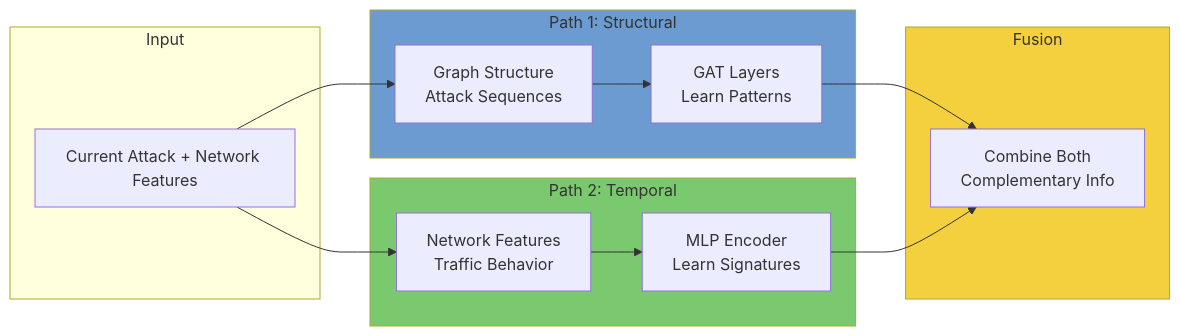
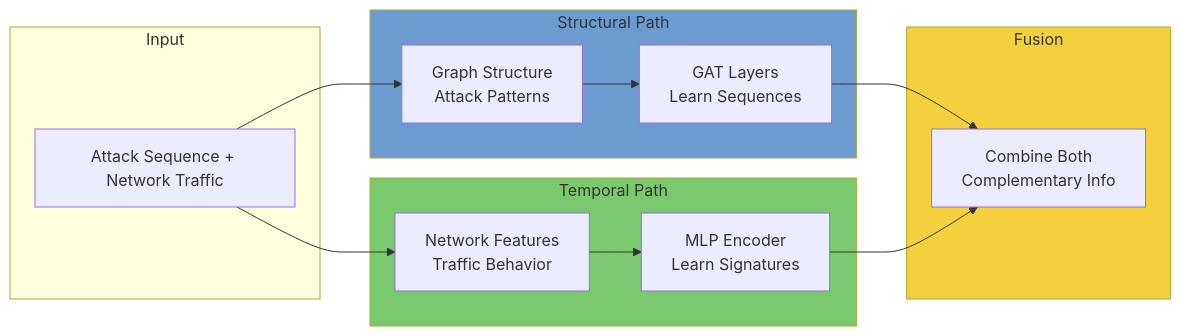
One commit to Federated-ICS/Predection changed the tenth of 13 diagrams in docs/GNN_MODEL_ARCHITECTURE.md. Above: the diagram before and after it, drawn with Mermaid. The commit also changed other lines of this file and 4 other files, not shown here.

````diff
--- a/docs/GNN_MODEL_ARCHITECTURE.md
+++ b/docs/GNN_MODEL_ARCHITECTURE.md
@@ -490,31 +537,31 @@
 ```mermaid
 graph LR
     subgraph Input
-        A[Current Attack + Network Features]
+        A[Attack Sequence + Network Traffic]
     end
     
-    subgraph Path1["Path 1: Structural"]
-        B[Graph Structure<br/>Attack Sequences]
-        C[GAT Layers<br/>Learn Patterns]
+    subgraph Path1["Structural Path"]
+        B[Graph Structure<br/>Attack Patterns]
+        C[GAT Layers<br/>Learn Sequences]
     end
     
-    subgraph Path2["Path 2: Temporal"]
+    subgraph Path2["Temporal Path"]
         D[Network Features<br/>Traffic Behavior]
         E[MLP Encoder<br/>Learn Signatures]
     end
     
     subgraph Fusion
         F[Combine Both<br/>Complementary Info]
     end
     
     A --> B
     A --> D
     B --> C
     D --> E
     C --> F
     E --> F
     
     style Path1 fill:#6B9BD1
     style Path2 fill:#7BC96F
     style Fusion fill:#F4D03F
 ```
````
